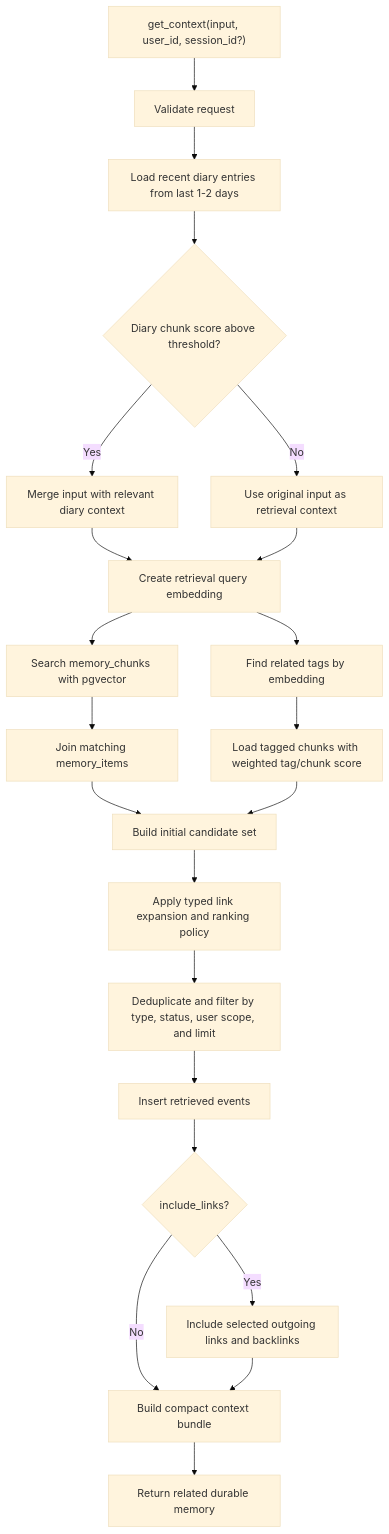
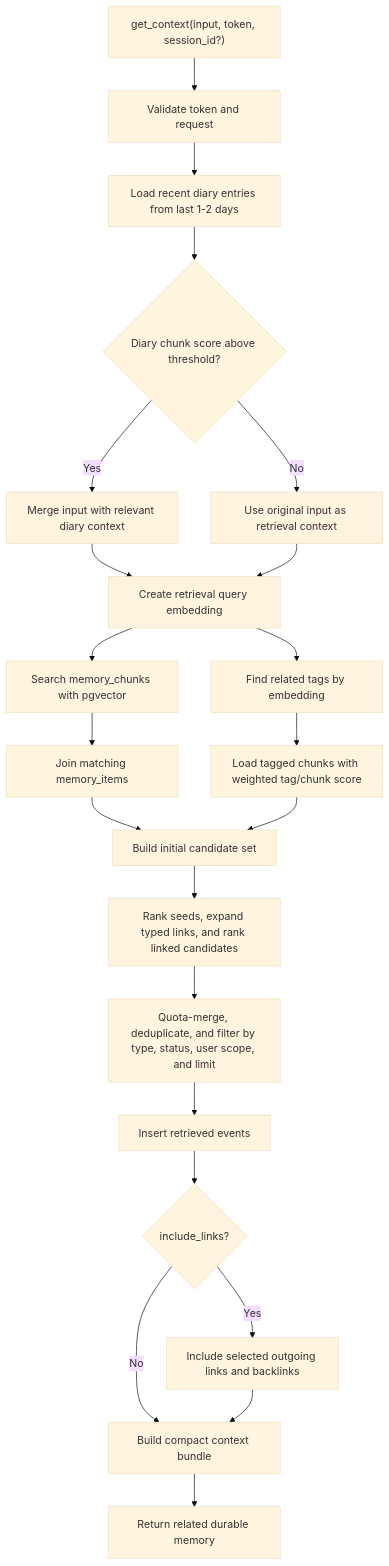
Before and after one commit to Oceankj/second_brain: the second of 9 diagrams in docs/lifecycle.md, drawn with Mermaid (base theme). The commit also changed other lines of this file and 54 other files, not shown here.

````diff
--- a/docs/lifecycle.md
+++ b/docs/lifecycle.md
@@ -18,28 +18,28 @@
 ```mermaid
 flowchart TD
-  request["get_context(input, user_id, session_id?)"] --> validate["Validate request"]
+  request["get_context(input, token, session_id?)"] --> validate["Validate token and request"]
   validate --> recentDiary["Load recent diary entries from last 1-2 days"]
   recentDiary --> diaryRelevant{"Diary chunk score above threshold?"}
   diaryRelevant -- "Yes" --> mergeDiary["Merge input with relevant diary context"]
   diaryRelevant -- "No" --> baseContext["Use original input as retrieval context"]
 
   mergeDiary --> embedQuery["Create retrieval query embedding"]
   baseContext --> embedQuery
   embedQuery --> tagHints["Find related tags by embedding"]
   tagHints --> tagCandidates["Load tagged chunks with weighted tag/chunk score"]
 
   embedQuery --> searchChunks["Search memory_chunks with pgvector"]
   searchChunks --> joinItems["Join matching memory_items"]
   joinItems --> seedSet["Build initial candidate set"]
   tagCandidates --> seedSet
-  seedSet --> linkPolicy["Apply typed link expansion and ranking policy"]
-  linkPolicy --> filterItems["Deduplicate and filter by type, status, user scope, and limit"]
+  seedSet --> linkPolicy["Rank seeds, expand typed links, and rank linked candidates"]
+  linkPolicy --> filterItems["Quota-merge, deduplicate, and filter by type, status, user scope, and limit"]
   filterItems --> logRetrieval["Insert retrieved events"]
   logRetrieval --> includeLinks{"include_links?"}
 
   includeLinks -- "Yes" --> loadLinks["Include selected outgoing links and backlinks"]
   includeLinks -- "No" --> compact["Build compact context bundle"]
   loadLinks --> compact
 
   compact --> response["Return related durable memory"]
 ```
````
